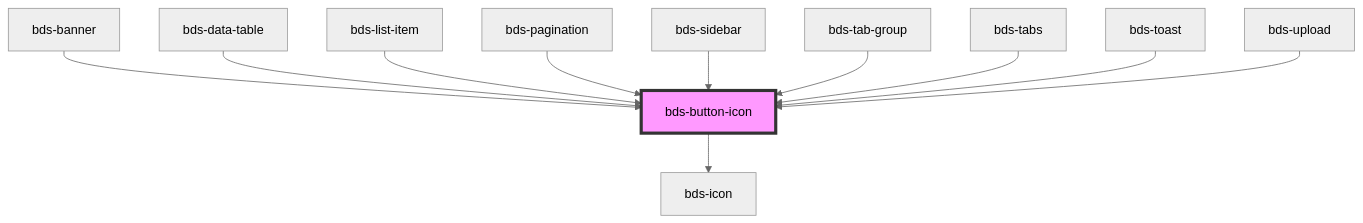
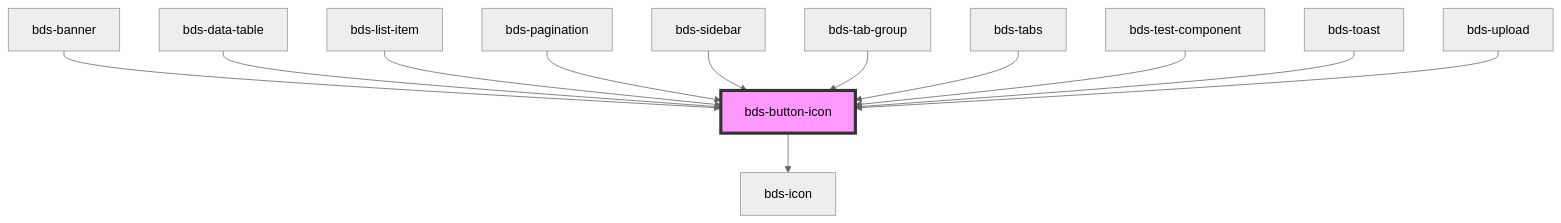
The diagram in src/components/icon-button/readme.md (takenet/blip-ds), drawn with Mermaid (neutral theme) before and after one commit. The commit also changed other lines of this file and 38 other files, not shown here.

````diff
--- a/src/components/icon-button/readme.md
+++ b/src/components/icon-button/readme.md
@@ -38,14 +39,15 @@
 ```mermaid
 graph TD;
   bds-button-icon --> bds-icon
   bds-banner --> bds-button-icon
   bds-data-table --> bds-button-icon
   bds-list-item --> bds-button-icon
   bds-pagination --> bds-button-icon
   bds-sidebar --> bds-button-icon
   bds-tab-group --> bds-button-icon
   bds-tabs --> bds-button-icon
+  bds-test-component --> bds-button-icon
   bds-toast --> bds-button-icon
   bds-upload --> bds-button-icon
   style bds-button-icon fill:#f9f,stroke:#333,stroke-width:4px
 ```
````
